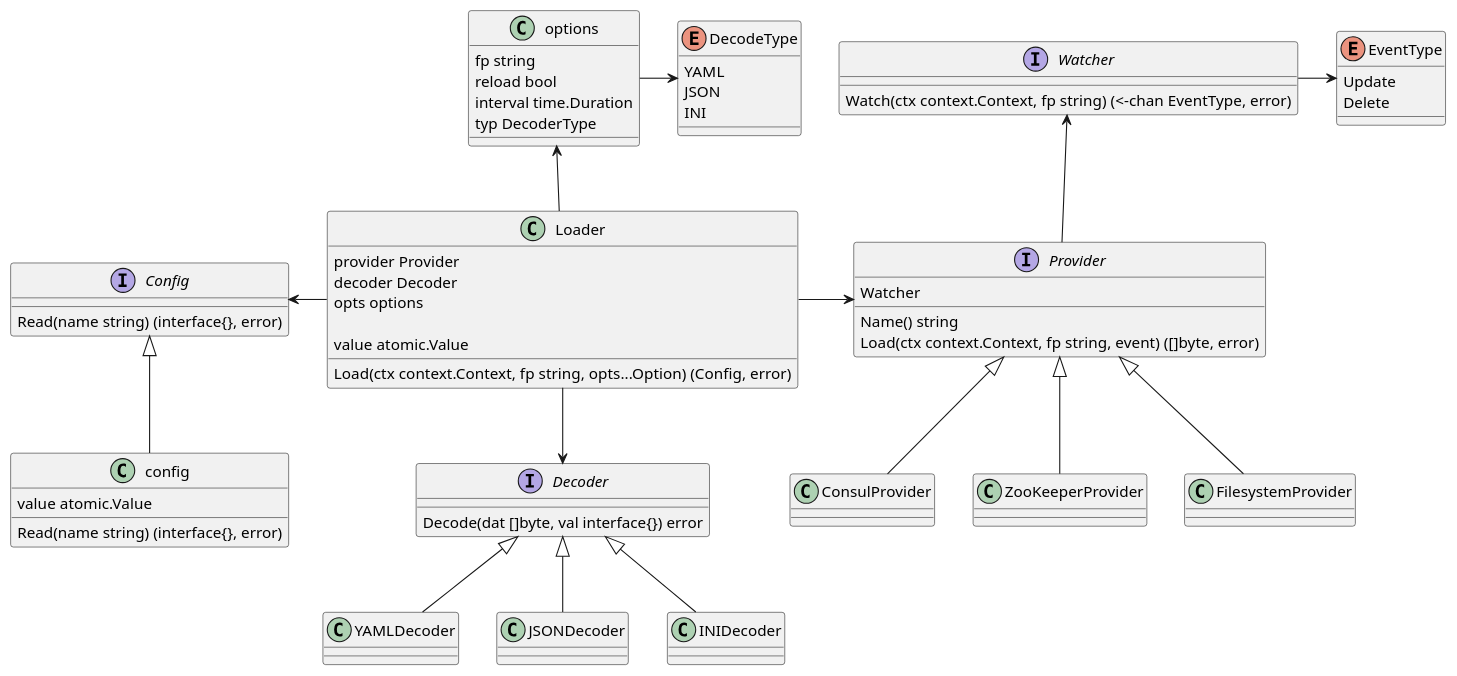
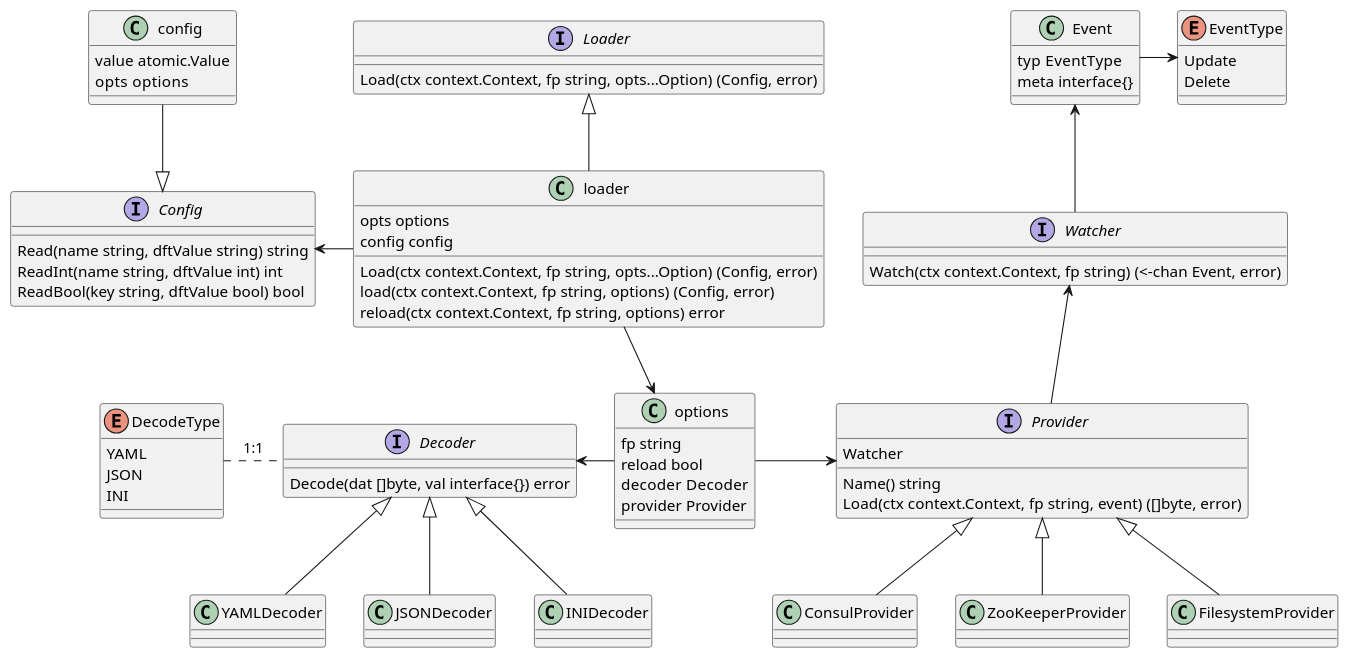
The diagram in config/config.puml (hitzhangjie/gorpc), drawn with PlantUML before and after one commit.

Commit message:
doc/config: update uml

```diff
--- a/config/config.puml
+++ b/config/config.puml
@@ -1,76 +1,90 @@
 @startuml
 'https://plantuml.com/class-diagram
 
-class Loader {
-	provider Provider
-	decoder Decoder
-	opts options
-
-	value atomic.Value
-
+interface Loader {
 	Load(ctx context.Context, fp string, opts...Option) (Config, error)
 }
 
-Loader -up-> options
-Loader -right-> Provider
-Loader -down-> Decoder
-Loader -left-> Config
+class loader {
+	opts options
+	config config
+
+	Load(ctx context.Context, fp string, opts...Option) (Config, error)
+	load(ctx context.Context, fp string, options) (Config, error)
+	reload(ctx context.Context, fp string, options) error
+}
+loader -up-|> Loader
+
+loader -down-> options
+'loader -right-> Provider
+'loader -down-> Decoder
+loader -left-> Config
 
 class options {
 	fp string
 	reload bool
-	interval time.Duration
-	typ DecoderType
+	decoder  Decoder
+   	provider Provider
 }
 
-options -right-> DecodeType
+options -left-> Decoder
+options -> Provider
 
 interface Provider {
 	Watcher
 	Name() string
 	Load(ctx context.Context, fp string, event) ([]byte, error)
 }
 
 Provider -up-> Watcher
 
 ConsulProvider -up-|> Provider
 ZooKeeperProvider -up-|> Provider
 FilesystemProvider -up-|> Provider
 
 interface Watcher {
-	Watch(ctx context.Context, fp string) (<-chan EventType, error)
+	Watch(ctx context.Context, fp string) (<-chan Event, error)
 }
 
-Watcher -> EventType
+Watcher -up-> Event
+
+class Event {
+	typ  EventType
+	meta interface{}
+}
+Event -right-> EventType
 
 enum EventType {
 	Update
 	Delete
 }
 
 interface Decoder {
 	Decode(dat []byte, val interface{}) error
 }
+Decoder ..left. DecodeType: 1:1
 
 enum DecodeType {
 	YAML
 	JSON
 	INI
 }
 
 YAMLDecoder -up-|> Decoder
 JSONDecoder -up-|> Decoder
 INIDecoder -up-|> Decoder
 
 interface Config {
-	Read(name string) (interface{}, error)
+	Read(name string, dftValue string) string
+   	ReadInt(name string, dftValue int) int
+   	ReadBool(key string, dftValue bool) bool
 }
 
 class config {
-	value atomic.Value
-	Read(name string) (interface{}, error)
+   	value atomic.Value
+   	opts  options
 }
+config -down-|> Config
 
-config -up-|> Config
 
 @enduml
```
